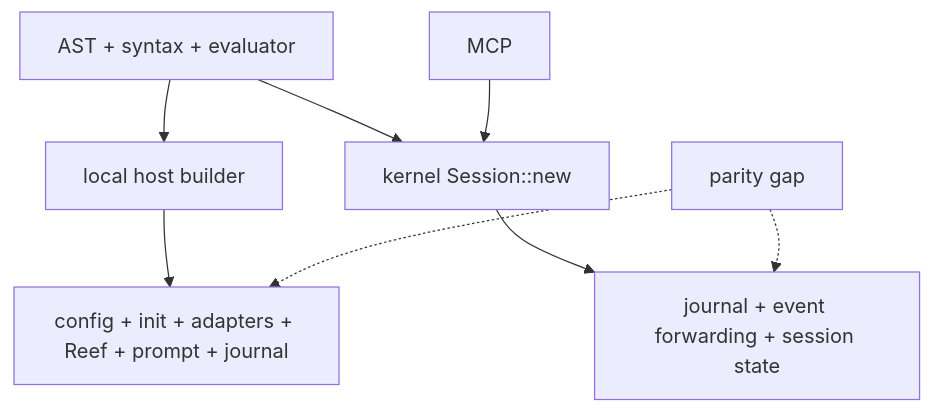
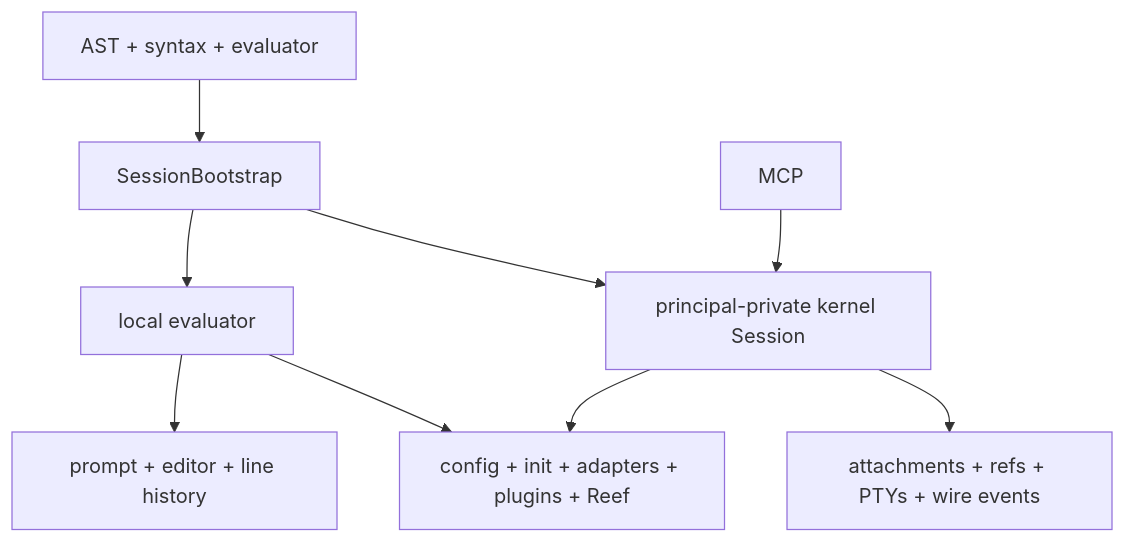
The first of 2 diagrams in site/content/internals/implementation-status.md (alliecatowo/shoal), drawn with Mermaid before and after one commit. The commit also changed other lines of this file and 9 other files, not shown here.

````diff
--- a/site/content/internals/implementation-status.md
+++ b/site/content/internals/implementation-status.md
@@ -115,12 +116,13 @@
 ```mermaid
 flowchart TB
 accTitle: Host-surface parity
 accDescr: Shows the components and relationships described in Host-surface parity.
-  Core["AST + syntax + evaluator"] --> Local["local host builder"]
-  Core --> Kernel["kernel Session::new"]
-  Local --> LC["config + init + adapters + Reef + prompt + journal"]
-  Kernel --> KC["journal + event forwarding + session state"]
+  Core["AST + syntax + evaluator"] --> Shared["SessionBootstrap"]
+  Shared --> Local["local evaluator"]
+  Shared --> Kernel["principal-private kernel Session"]
+  Local --> LC["prompt + editor + line history"]
+  Kernel --> KC["attachments + refs + PTYs + wire events"]
   MCP["MCP"] --> Kernel
-  Gap["parity gap"] -.-> LC
-  Gap -.-> KC
+  Local --> Common["config + init + adapters + plugins + Reef"]
+  Kernel --> Common
 ```
````
